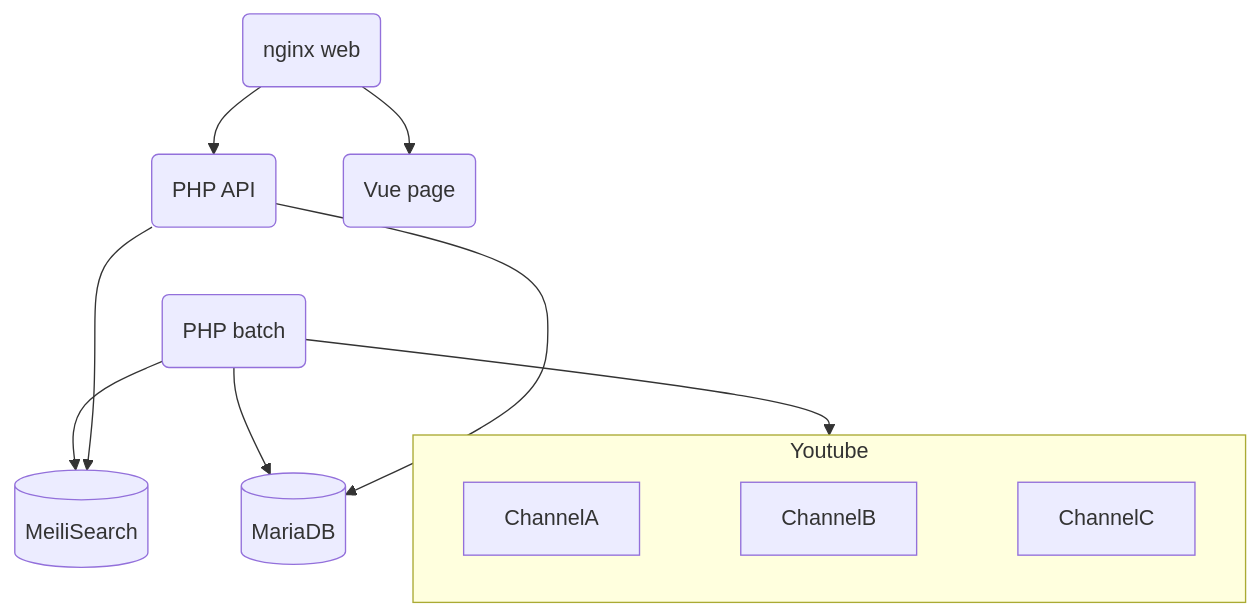
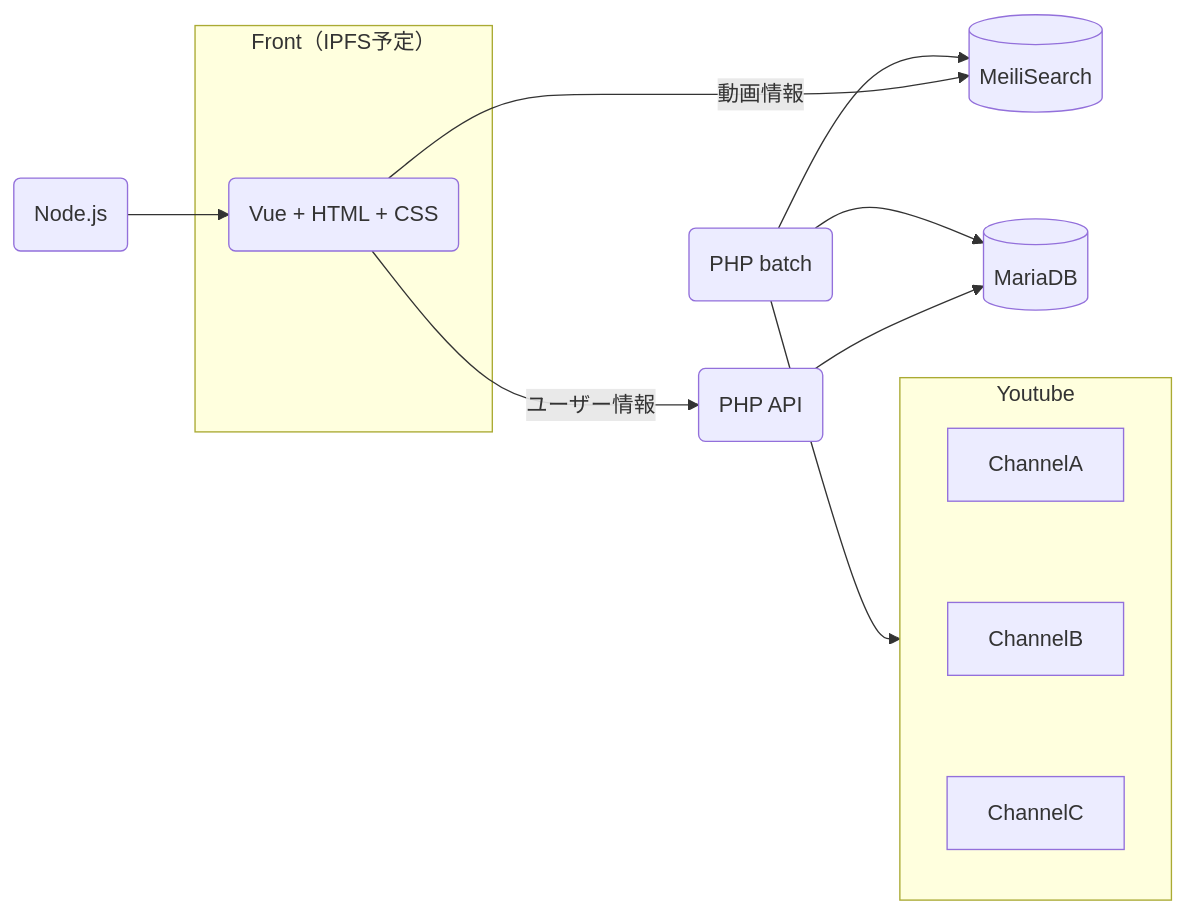
One commit to joyrswd/youtube-clip-api changed the diagram in README.md. Above: the diagram before and after it, drawn with Mermaid. The commit also changed other lines of this file and 12 other files, not shown here.

````diff
--- a/README.md
+++ b/README.md
@@ -23,21 +24,23 @@
 ```mermaid
-graph TB
+graph LR
     subgraph Youtube
         ChannelA
         ~~~ChannelB
         ~~~ChannelC
     end
     B(PHP batch)
     C[(MariaDB)]
     D[(MeiliSearch)]
     E(PHP API)
-    F(Vue page)
-    G(nginx web)
+    subgraph web[Front（IPFS予定）]
+        F(Vue + HTML + CSS)
+    end
+    G(Node.js)
     B --> Youtube
     B --> C
     B --> D
-    E --> D
-    E ---> C
-    G --> E 
+    E --> C
+    F -->|動画情報| D
+    F -->|ユーザー情報| E
     G --> F
 ```
````
